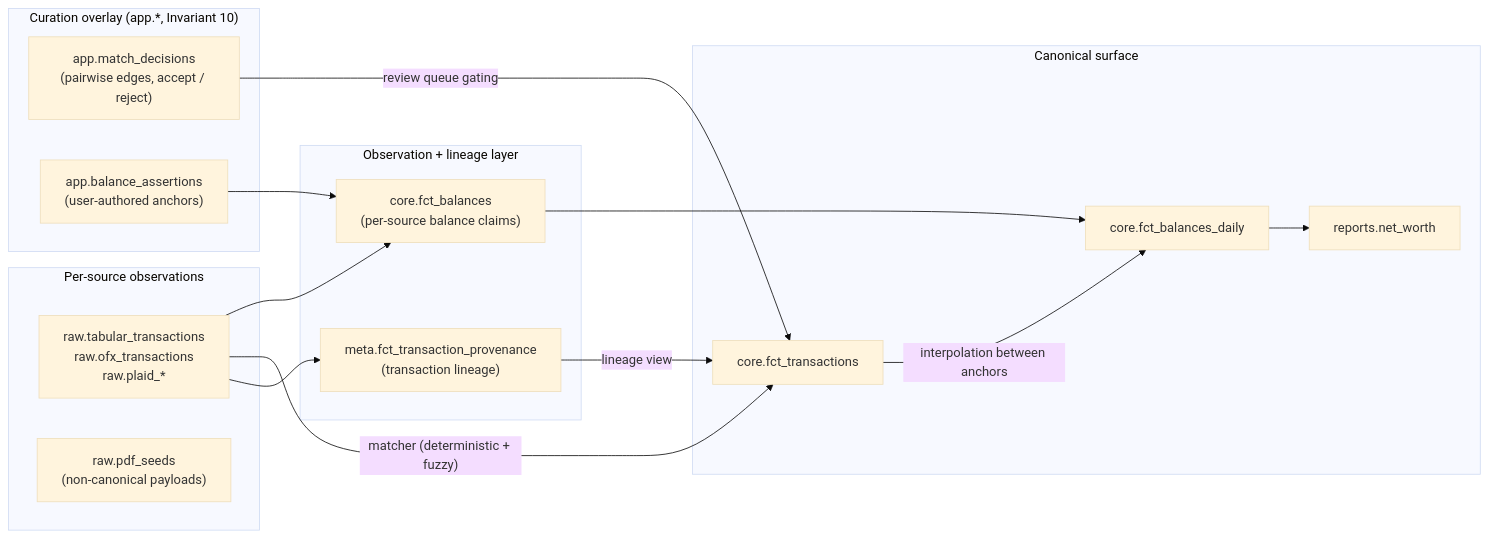
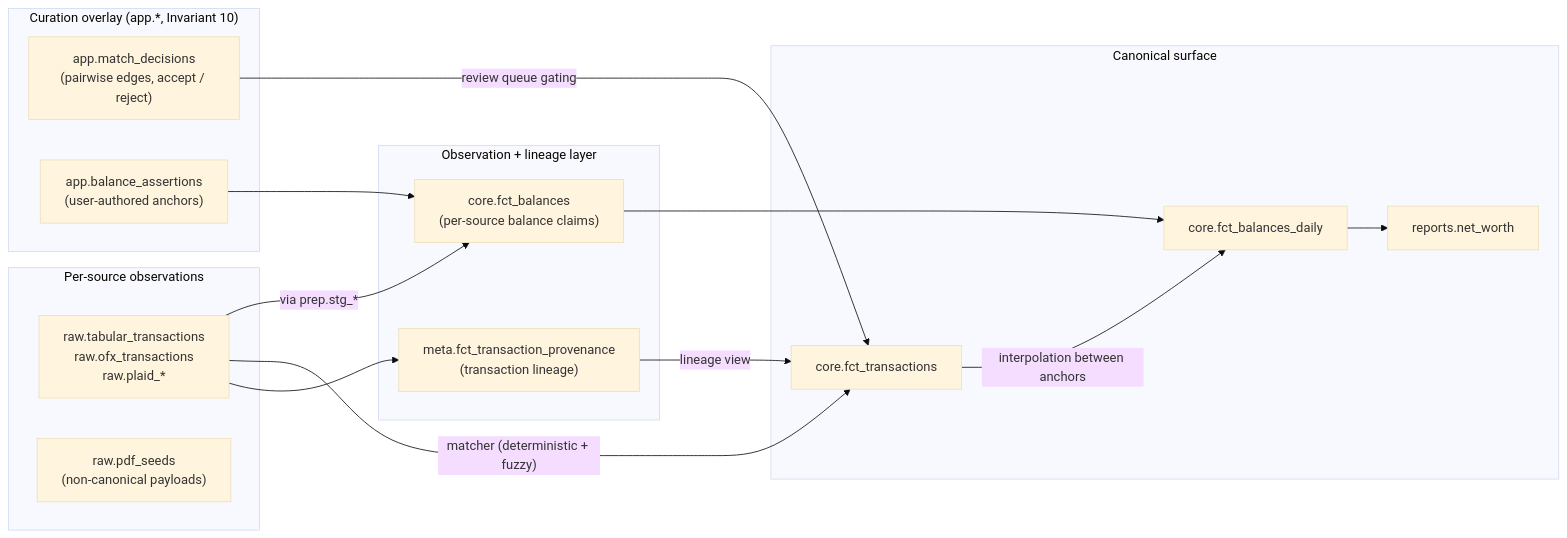
Before and after one commit to bsaffel/moneybin: the diagram in docs/specs/source-observations.md, drawn with Mermaid (base theme). The commit also changed other lines of this file and 1 other file, not shown here.

````diff
--- a/docs/specs/source-observations.md
+++ b/docs/specs/source-observations.md
@@ -52,33 +52,33 @@
 ```mermaid
 flowchart LR
     subgraph perSource["Per-source observations"]
         rawTxn["raw.tabular_transactions<br/>raw.ofx_transactions<br/>raw.plaid_*"]
         rawPdf["raw.pdf_seeds<br/>(non-canonical payloads)"]
     end
 
     subgraph observationLayer["Observation + lineage layer"]
         prov["meta.fct_transaction_provenance<br/>(transaction lineage)"]
         bal["core.fct_balances<br/>(per-source balance claims)"]
     end
 
     subgraph curation["Curation overlay (app.*, Invariant 10)"]
         matchDec["app.match_decisions<br/>(pairwise edges, accept / reject)"]
         balAssert["app.balance_assertions<br/>(user-authored anchors)"]
     end
 
     subgraph canonical["Canonical surface"]
         fctTxn["core.fct_transactions"]
         fctBalDay["core.fct_balances_daily"]
         rptNw["reports.net_worth"]
     end
 
     rawTxn --> prov
     rawTxn -- "matcher (deterministic + fuzzy)" --> fctTxn
     prov -- "lineage view" --> fctTxn
     matchDec -- "review queue gating" --> fctTxn
-    rawTxn --> bal
+    rawTxn -- "via prep.stg_*" --> bal
     balAssert --> bal
     bal --> fctBalDay
     fctTxn -- "interpolation between anchors" --> fctBalDay
     fctBalDay --> rptNw
 ```
````
